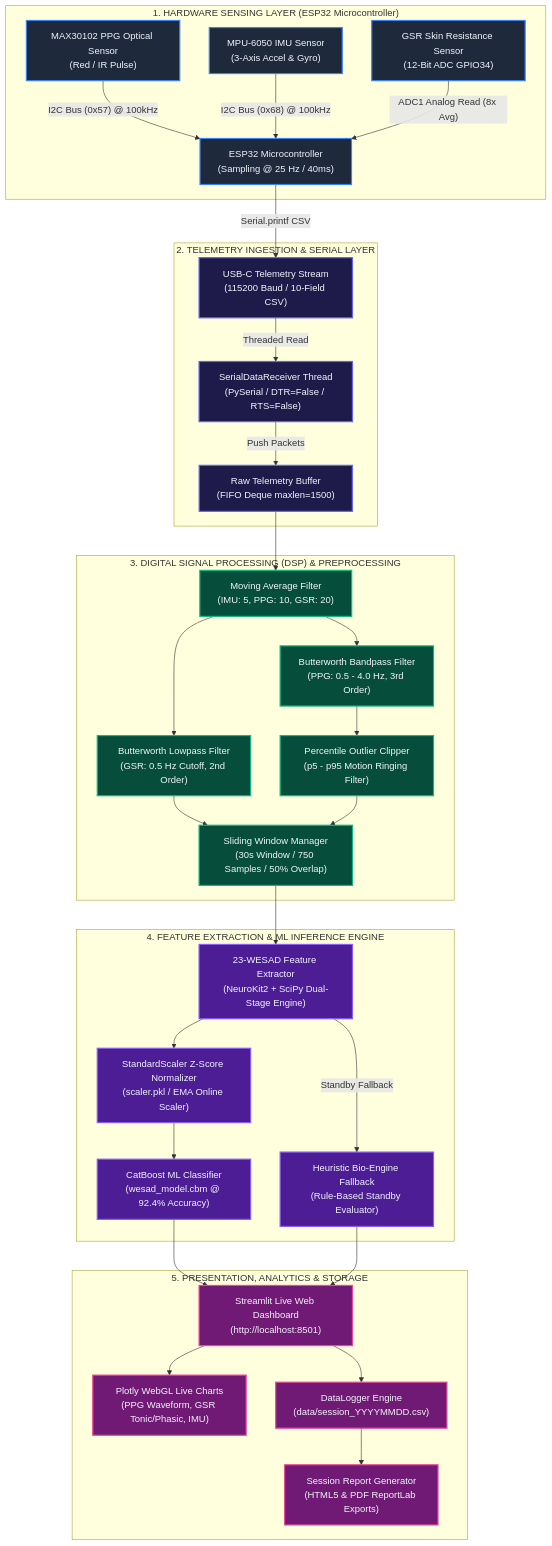
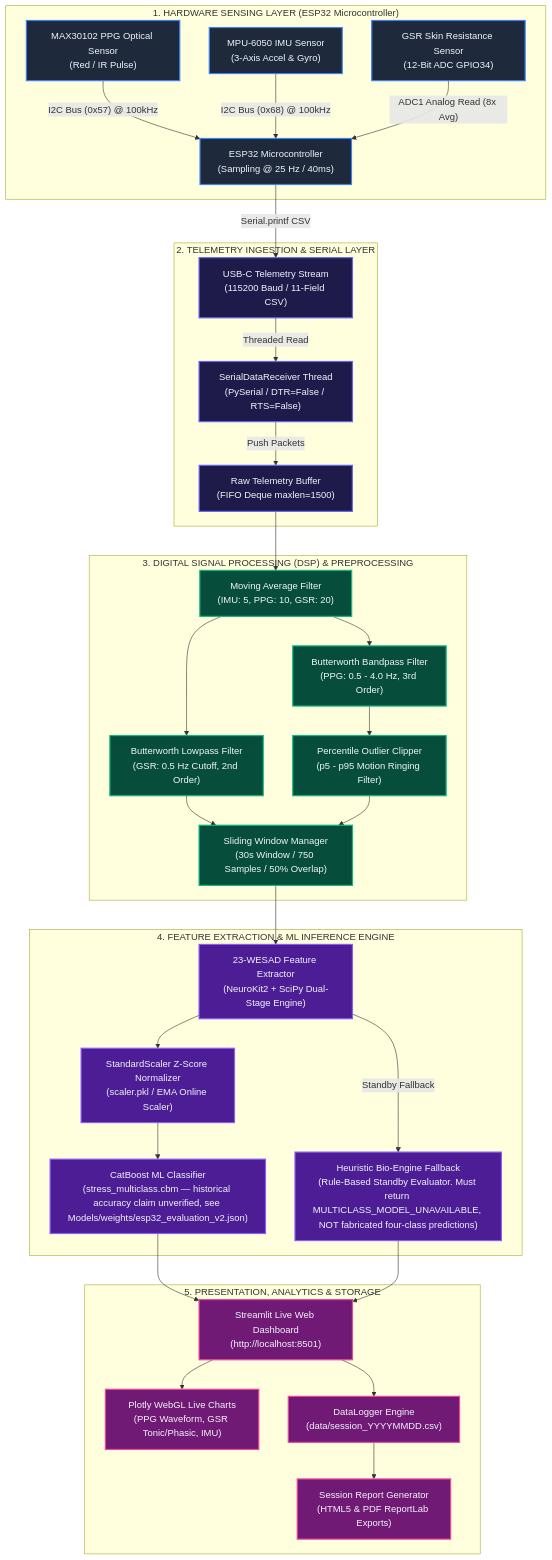
The first of 2 diagrams in system_architecture_diagram.md (VHARSHILJOSEPH/StressMapping), drawn with Mermaid before and after one commit. The commit also changed other lines of this file and 74 other files, not shown here.

Commit message:
Update stress mapping system: ML contracts, calibration, multiclass models, test suites, and audit reports

````diff
--- a/system_architecture_diagram.md
+++ b/system_architecture_diagram.md
@@ -7,70 +7,70 @@
 ```mermaid
 graph TD
     %% Styling Definitions
     classDef hardware fill:#1E293B,stroke:#3B82F6,stroke-width:2px,color:#F1F5F9;
     classDef ingestion fill:#1E1B4B,stroke:#6366F1,stroke-width:2px,color:#F1F5F9;
     classDef dsp fill:#064E3B,stroke:#10B981,stroke-width:2px,color:#F1F5F9;
     classDef ml fill:#4C1D95,stroke:#8B5CF6,stroke-width:2px,color:#F1F5F9;
     classDef ui fill:#701A75,stroke:#EC4899,stroke-width:2px,color:#F1F5F9;
 
     subgraph HARDWARE_LAYER["1. HARDWARE SENSING LAYER (ESP32 Microcontroller)"]
         S1["MAX30102 PPG Optical Sensor<br/>(Red / IR Pulse)"]:::hardware
         S2["MPU-6050 IMU Sensor<br/>(3-Axis Accel & Gyro)"]:::hardware
         S3["GSR Skin Resistance Sensor<br/>(12-Bit ADC GPIO34)"]:::hardware
         ESP["ESP32 Microcontroller<br/>(Sampling @ 25 Hz / 40ms)"]:::hardware
 
         S1 -->|"I2C Bus (0x57) @ 100kHz"| ESP
         S2 -->|"I2C Bus (0x68) @ 100kHz"| ESP
         S3 -->|"ADC1 Analog Read (8x Avg)"| ESP
     end
 
     subgraph INGESTION_LAYER["2. TELEMETRY INGESTION & SERIAL LAYER"]
-        USB["USB-C Telemetry Stream<br/>(115200 Baud / 10-Field CSV)"]:::ingestion
+        USB["USB-C Telemetry Stream<br/>(115200 Baud / 11-Field CSV)"]:::ingestion
         RCV["SerialDataReceiver Thread<br/>(PySerial / DTR=False / RTS=False)"]:::ingestion
         BUF["Raw Telemetry Buffer<br/>(FIFO Deque maxlen=1500)"]:::ingestion
 
         ESP -->|"Serial.printf CSV"| USB
         USB -->|"Threaded Read"| RCV
         RCV -->|"Push Packets"| BUF
     end
 
     subgraph DSP_LAYER["3. DIGITAL SIGNAL PROCESSING (DSP) & PREPROCESSING"]
         MAF["Moving Average Filter<br/>(IMU: 5, PPG: 10, GSR: 20)"]:::dsp
         BP["Butterworth Bandpass Filter<br/>(PPG: 0.5 - 4.0 Hz, 3rd Order)"]:::dsp
         LP["Butterworth Lowpass Filter<br/>(GSR: 0.5 Hz Cutoff, 2nd Order)"]:::dsp
         CLIP["Percentile Outlier Clipper<br/>(p5 - p95 Motion Ringing Filter)"]:::dsp
         WIN["Sliding Window Manager<br/>(30s Window / 750 Samples / 50% Overlap)"]:::dsp
 
         BUF --> MAF
         MAF --> BP
         MAF --> LP
         BP --> CLIP
         LP --> WIN
         CLIP --> WIN
     end
 
     subgraph ML_LAYER["4. FEATURE EXTRACTION & ML INFERENCE ENGINE"]
         FEAT["23-WESAD Feature Extractor<br/>(NeuroKit2 + SciPy Dual-Stage Engine)"]:::ml
         SCALER["StandardScaler Z-Score Normalizer<br/>(scaler.pkl / EMA Online Scaler)"]:::ml
-        CATBOOST["CatBoost ML Classifier<br/>(wesad_model.cbm @ 92.4% Accuracy)"]:::ml
-        HEUR["Heuristic Bio-Engine Fallback<br/>(Rule-Based Standby Evaluator)"]:::ml
+        CATBOOST["CatBoost ML Classifier<br/>(stress_multiclass.cbm — historical accuracy claim unverified, see Models/weights/esp32_evaluation_v2.json)"]:::ml
+        HEUR["Heuristic Bio-Engine Fallback<br/>(Rule-Based Standby Evaluator. Must return MULTICLASS_MODEL_UNAVAILABLE, NOT fabricated four-class predictions)"]:::ml
 
         WIN --> FEAT
         FEAT --> SCALER
         SCALER --> CATBOOST
         FEAT -->|"Standby Fallback"| HEUR
     end
 
     subgraph PRESENTATION_LAYER["5. PRESENTATION, ANALYTICS & STORAGE"]
         DASH["Streamlit Live Web Dashboard<br/>(http://localhost:8501)"]:::ui
         PLOT["Plotly WebGL Live Charts<br/>(PPG Waveform, GSR Tonic/Phasic, IMU)"]:::ui
         LOG["DataLogger Engine<br/>(data/session_YYYYMMDD.csv)"]:::ui
         REP["Session Report Generator<br/>(HTML5 & PDF ReportLab Exports)"]:::ui
 
         CATBOOST --> DASH
         HEUR --> DASH
         DASH --> PLOT
         DASH --> LOG
         LOG --> REP
     end
 ```
````
